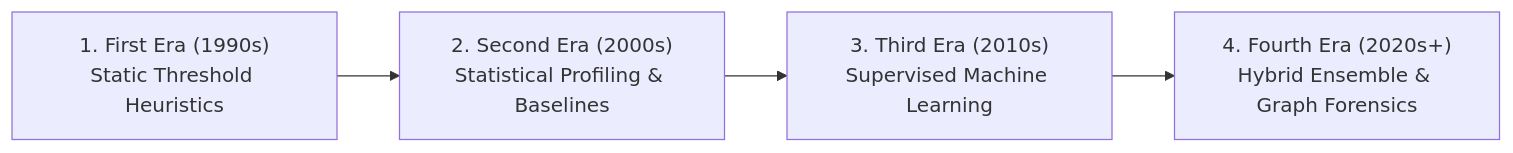
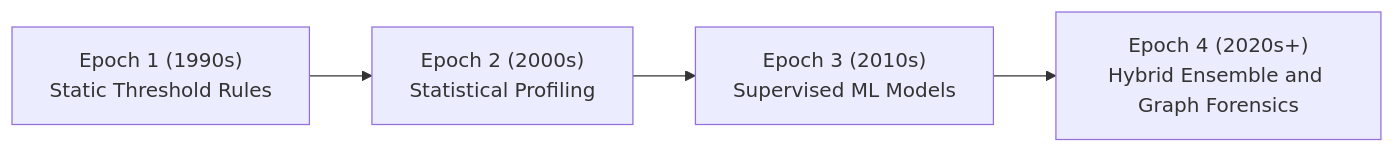
The second of 13 diagrams in documentation.md (BharathKumar113/anti_money_laundering), drawn with Mermaid before and after one commit. The commit also changed other lines of this file, not shown here.

Commit message:
fix(docs): resolve rich display render issues, sanitize Mermaid diagrams, and add visual layout cards

````diff
--- a/documentation.md
+++ b/documentation.md
@@ -62,6 +73,6 @@
 ```mermaid
 flowchart LR
-    E1["1. First Era (1990s)<br>Static Threshold Heuristics"] --> E2["2. Second Era (2000s)<br>Statistical Profiling & Baselines"]
-    E2 --> E3["3. Third Era (2010s)<br>Supervised Machine Learning"]
-    E3 --> E4["4. Fourth Era (2020s+)<br>Hybrid Ensemble & Graph Forensics"]
+    E1["Epoch 1 (1990s)<br/>Static Threshold Rules"] --> E2["Epoch 2 (2000s)<br/>Statistical Profiling"]
+    E2 --> E3["Epoch 3 (2010s)<br/>Supervised ML Models"]
+    E3 --> E4["Epoch 4 (2020s+)<br/>Hybrid Ensemble and Graph Forensics"]
 ```
````
